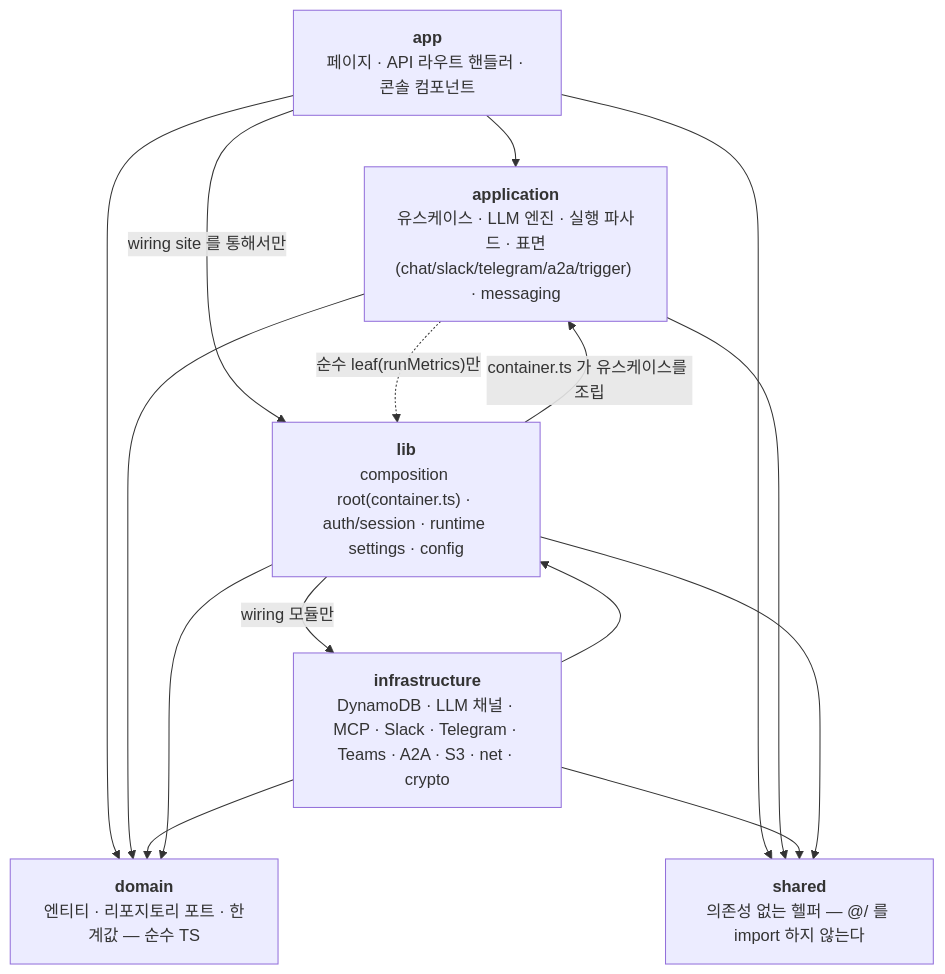
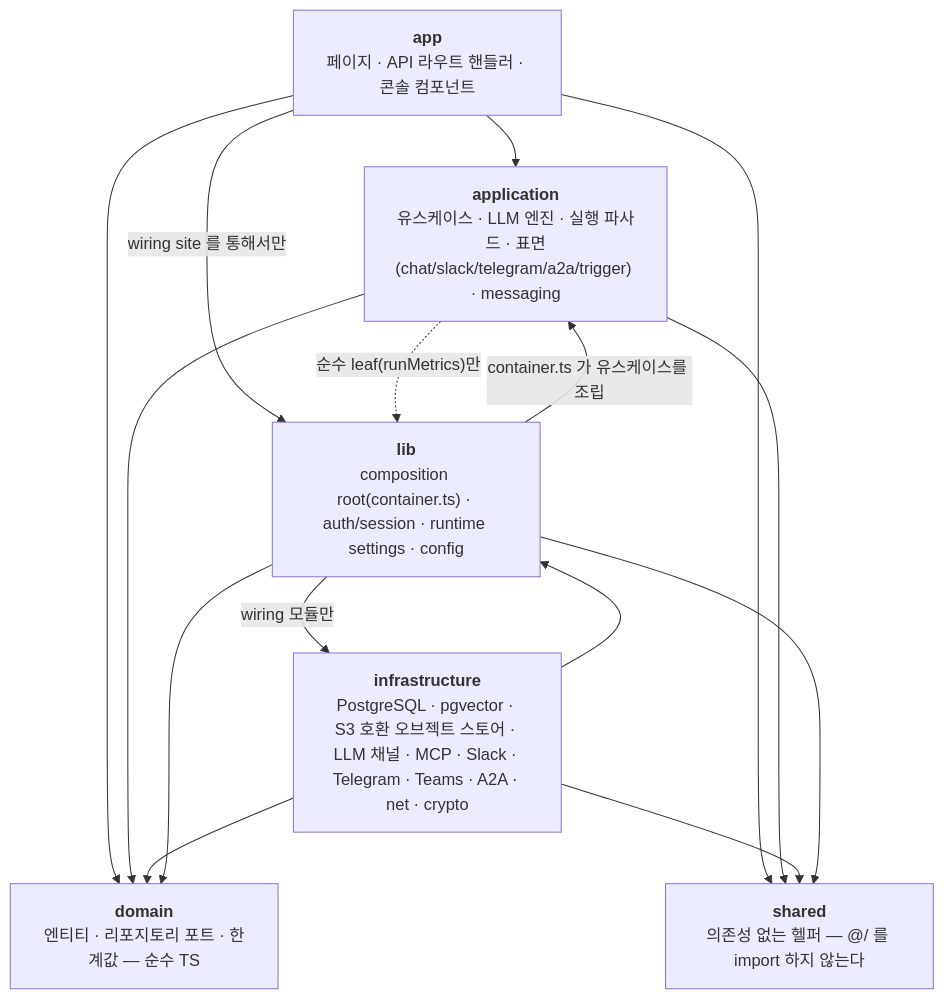
One commit to opspresso/agent-studio changed the first of 7 diagrams in docs/DIAGRAMS.md. Above: the diagram before and after it, drawn with Mermaid. The commit also changed other lines of this file and 228 other files, not shown here.

First line of the commit message:
feat: run on PostgreSQL inside a private network (on-premises install) (#66)

````diff
--- a/docs/DIAGRAMS.md
+++ b/docs/DIAGRAMS.md
@@ -12,24 +12,24 @@
 ```mermaid
 flowchart TB
   app["<b>app</b><br/>페이지 · API 라우트 핸들러 · 콘솔 컴포넌트"]
   application["<b>application</b><br/>유스케이스 · LLM 엔진 · 실행 파사드 · 표면(chat/slack/telegram/a2a/trigger) · messaging"]
   domain["<b>domain</b><br/>엔티티 · 리포지토리 포트 · 한계값 — 순수 TS"]
-  infrastructure["<b>infrastructure</b><br/>DynamoDB · LLM 채널 · MCP · Slack · Telegram · Teams · A2A · S3 · net · crypto"]
+  infrastructure["<b>infrastructure</b><br/>PostgreSQL · pgvector · S3 호환 오브젝트 스토어 · LLM 채널 · MCP · Slack · Telegram · Teams · A2A · net · crypto"]
   lib["<b>lib</b><br/>composition root(container.ts) · auth/session · runtime settings · config"]
   shared["<b>shared</b><br/>의존성 없는 헬퍼 — @/ 를 import 하지 않는다"]
 
   app --> application
   app --> domain
   application --> domain
   infrastructure --> domain
   infrastructure --> lib
   app -->|"wiring site 를 통해서만"| lib
   lib --> domain
   lib -->|"container.ts 가 유스케이스를 조립"| application
   lib -->|"wiring 모듈만"| infrastructure
   application -.->|"순수 leaf(runMetrics)만"| lib
   app --> shared
   application --> shared
   infrastructure --> shared
   lib --> shared
 ```
````
